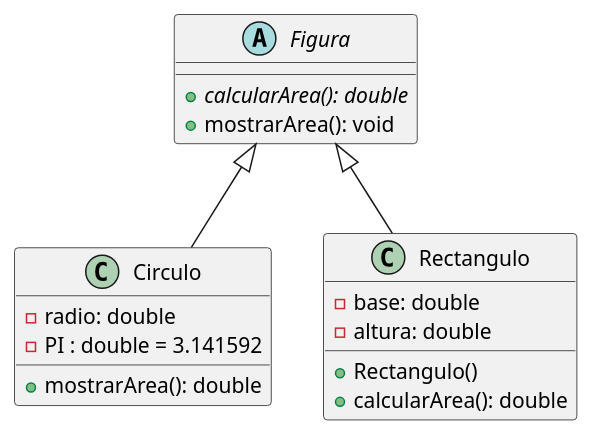
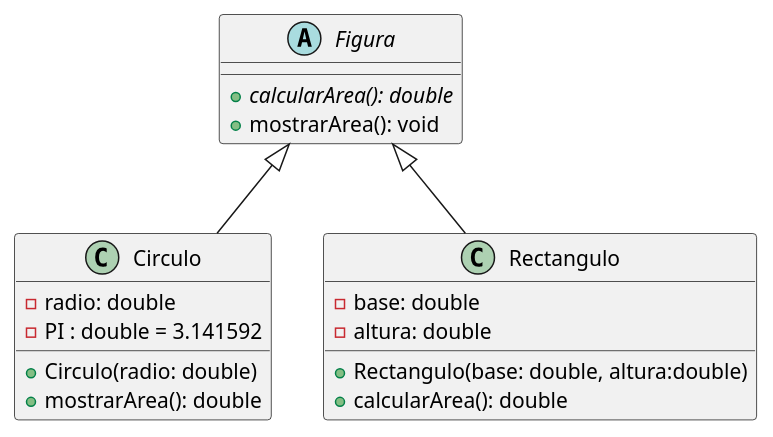
Before and after one commit to LK-Ronald/Taller-11: the diagram in Ejercicio1/diagramaClase.puml, drawn with PlantUML.

Commit message:
feat: se agregaron los metodos constructores en el diagrama

```diff
--- a/Ejercicio1/diagramaClase.puml
+++ b/Ejercicio1/diagramaClase.puml
@@ -1,24 +1,25 @@
 @startuml
 abstract class Figura{
 + {abstract} calcularArea(): double
 + mostrarArea(): void
 }
 
 class Circulo{
 - radio: double
 - PI : double = 3.141592
 
++ Circulo(radio: double)
 + mostrarArea(): double
 }
 
 class Rectangulo{
 - base: double
 - altura: double
 
-+ Rectangulo()
++ Rectangulo(base: double, altura:double)
 + calcularArea(): double
 }
 
 Figura <|-- Circulo
 Figura <|-- Rectangulo
 @enduml
```
